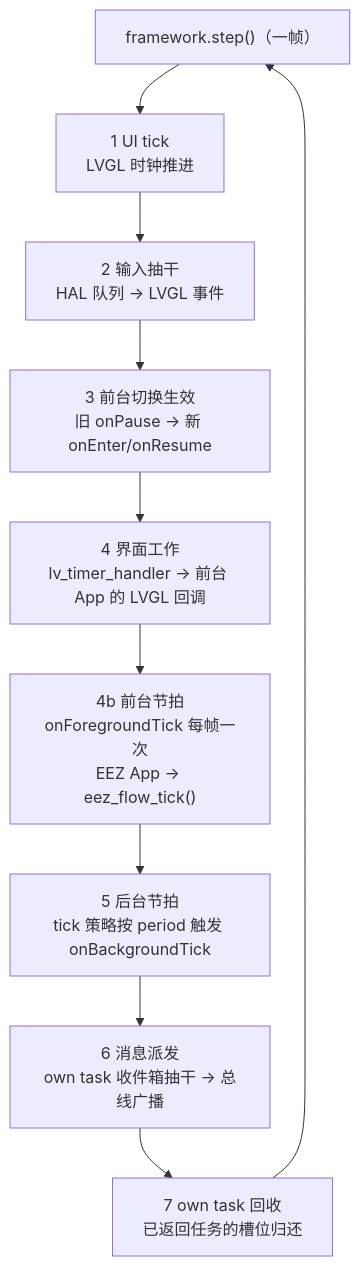
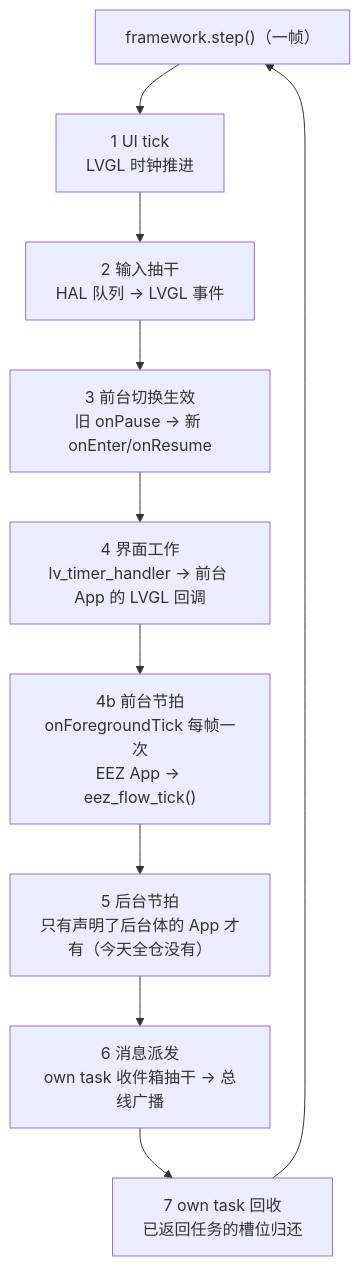
One commit to ruixuezhao890/Embark changed the first of 6 diagrams in docs/concepts/app-lifecycle.md. Above: the diagram before and after it, drawn with Mermaid. The commit also changed other lines of this file and 66 other files, not shown here.

````diff
--- a/docs/concepts/app-lifecycle.md
+++ b/docs/concepts/app-lifecycle.md
@@ -24,12 +24,12 @@
 ```mermaid
 flowchart TD
     S0["framework.step()（一帧）"] --> S1["1 UI tick<br/>LVGL 时钟推进"]
     S1 --> S2["2 输入抽干<br/>HAL 队列 → LVGL 事件"]
     S2 --> S3["3 前台切换生效<br/>旧 onPause → 新 onEnter/onResume"]
     S3 --> S4["4 界面工作<br/>lv_timer_handler → 前台 App 的 LVGL 回调"]
     S4 --> S4b["4b 前台节拍<br/>onForegroundTick 每帧一次<br/>EEZ App → eez_flow_tick()"]
-    S4b --> S5["5 后台节拍<br/>tick 策略按 period 触发 onBackgroundTick"]
+    S4b --> S5["5 后台节拍<br/>只有声明了后台体的 App 才有（今天全仓没有）"]
     S5 --> S6["6 消息派发<br/>own task 收件箱抽干 → 总线广播"]
     S6 --> S7["7 own task 回收<br/>已返回任务的槽位归还"]
     S7 --> S0
 ```
````
